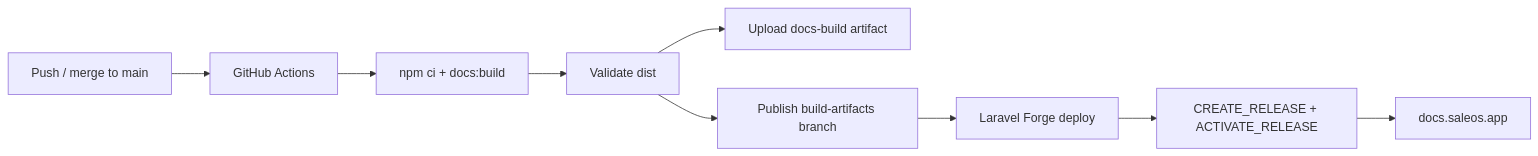
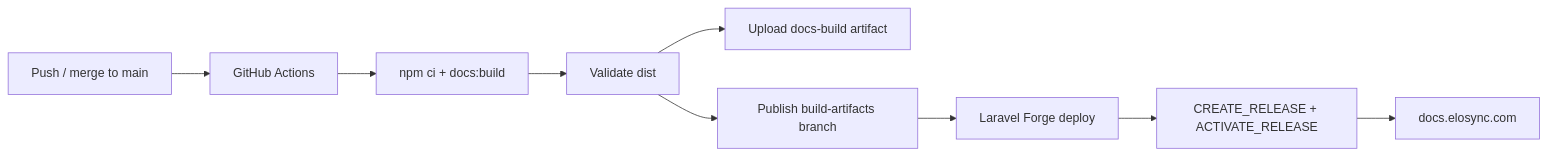
One commit to DiligentCreators/EloSync-Docs changed the diagram in README.md. Above: the diagram before and after it, drawn with Mermaid. The commit also changed other lines of this file and 41 other files, not shown here.

````diff
--- a/README.md
+++ b/README.md
@@ -133,11 +133,11 @@
 ```mermaid
 flowchart LR
   A[Push / merge to main] --> B[GitHub Actions]
   B --> C["npm ci + docs:build"]
   C --> D[Validate dist]
   D --> E[Upload docs-build artifact]
   D --> F[Publish build-artifacts branch]
   F --> G[Laravel Forge deploy]
   G --> H["CREATE_RELEASE + ACTIVATE_RELEASE"]
-  H --> I[docs.saleos.app]
+  H --> I[docs.elosync.com]
 ```
````
